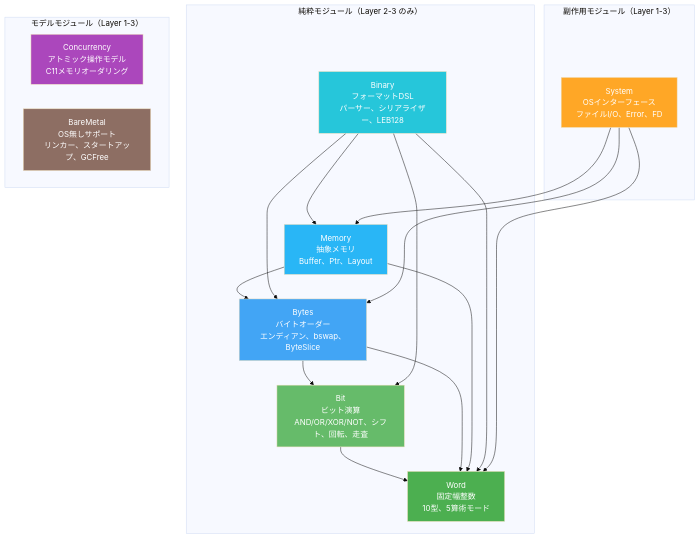
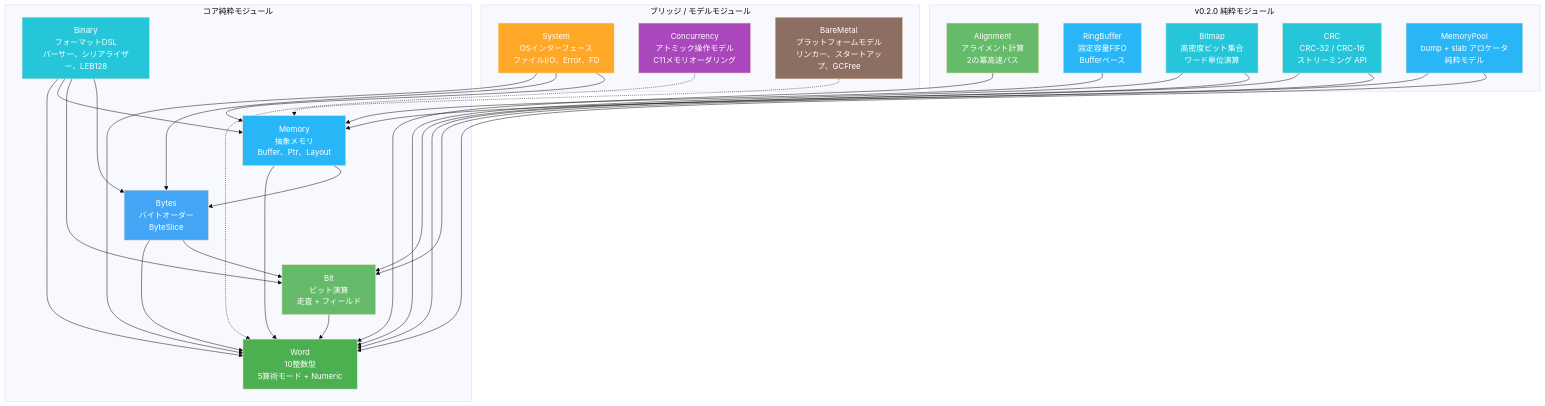
One commit to Provenance-Works/Radix changed the diagram in docs/ja/architecture/components.md. Above: the diagram before and after it, drawn with Mermaid (base theme). The commit also changed other lines of this file and 22 other files, not shown here.

````diff
--- a/docs/ja/architecture/components.md
+++ b/docs/ja/architecture/components.md
@@ -11,37 +9,57 @@
 ```mermaid
 graph TD
-    subgraph "純粋モジュール（Layer 2-3 のみ）"
-        Word["Word<br/>固定幅整数<br/>10型、5算術モード"]
-        Bit["Bit<br/>ビット演算<br/>AND/OR/XOR/NOT、シフト、回転、走査"]
-        Bytes["Bytes<br/>バイトオーダー<br/>エンディアン、bswap、ByteSlice"]
+    subgraph "コア純粋モジュール"
+        Word["Word<br/>10整数型<br/>5算術モード + Numeric"]
+        Bit["Bit<br/>ビット演算<br/>走査 + フィールド"]
+        Bytes["Bytes<br/>バイトオーダー<br/>ByteSlice"]
         Memory["Memory<br/>抽象メモリ<br/>Buffer、Ptr、Layout"]
         Binary["Binary<br/>フォーマットDSL<br/>パーサー、シリアライザー、LEB128"]
     end
-    subgraph "副作用モジュール（Layer 1-3）"
+    subgraph "v0.2.0 純粋モジュール"
+        Alignment["Alignment<br/>アライメント計算<br/>2の冪高速パス"]
+        RingBuffer["RingBuffer<br/>固定容量FIFO<br/>Bufferベース"]
+        Bitmap["Bitmap<br/>高密度ビット集合<br/>ワード単位演算"]
+        CRC["CRC<br/>CRC-32 / CRC-16<br/>ストリーミング API"]
+        MemoryPool["MemoryPool<br/>bump + slab アロケータ<br/>純粋モデル"]
+    end
+    subgraph "ブリッジ / モデルモジュール"
         System["System<br/>OSインターフェース<br/>ファイルI/O、Error、FD"]
-    end
-    subgraph "モデルモジュール（Layer 1-3）"
         Concurrency["Concurrency<br/>アトミック操作モデル<br/>C11メモリオーダリング"]
-        BareMetal["BareMetal<br/>OS無しサポート<br/>リンカー、スタートアップ、GCFree"]
+        BareMetal["BareMetal<br/>プラットフォームモデル<br/>リンカー、スタートアップ、GCFree"]
     end
     Bit --> Word
     Bytes --> Word
     Bytes --> Bit
     Memory --> Word
     Memory --> Bytes
     Binary --> Word
     Binary --> Memory
     Binary --> Bit
     Binary --> Bytes
+    Alignment --> Word
+    RingBuffer --> Memory
+    Bitmap --> Word
+    Bitmap --> Bit
+    CRC --> Word
+    CRC --> Bit
+    MemoryPool --> Memory
+    MemoryPool --> Word
     System --> Word
     System --> Bytes
     System --> Memory
+    Concurrency -.-> Word
+    BareMetal -.-> Memory
     style Word fill:#4CAF50,color:white
     style Bit fill:#66BB6A,color:white
     style Bytes fill:#42A5F5,color:white
     style Memory fill:#29B6F6,color:white
     style Binary fill:#26C6DA,color:white
+    style Alignment fill:#66BB6A,color:white
+    style RingBuffer fill:#29B6F6,color:white
+    style Bitmap fill:#26C6DA,color:white
+    style CRC fill:#26C6DA,color:white
+    style MemoryPool fill:#29B6F6,color:white
     style System fill:#FFA726,color:white
     style Concurrency fill:#AB47BC,color:white
     style BareMetal fill:#8D6E63,color:white
 ```
````
